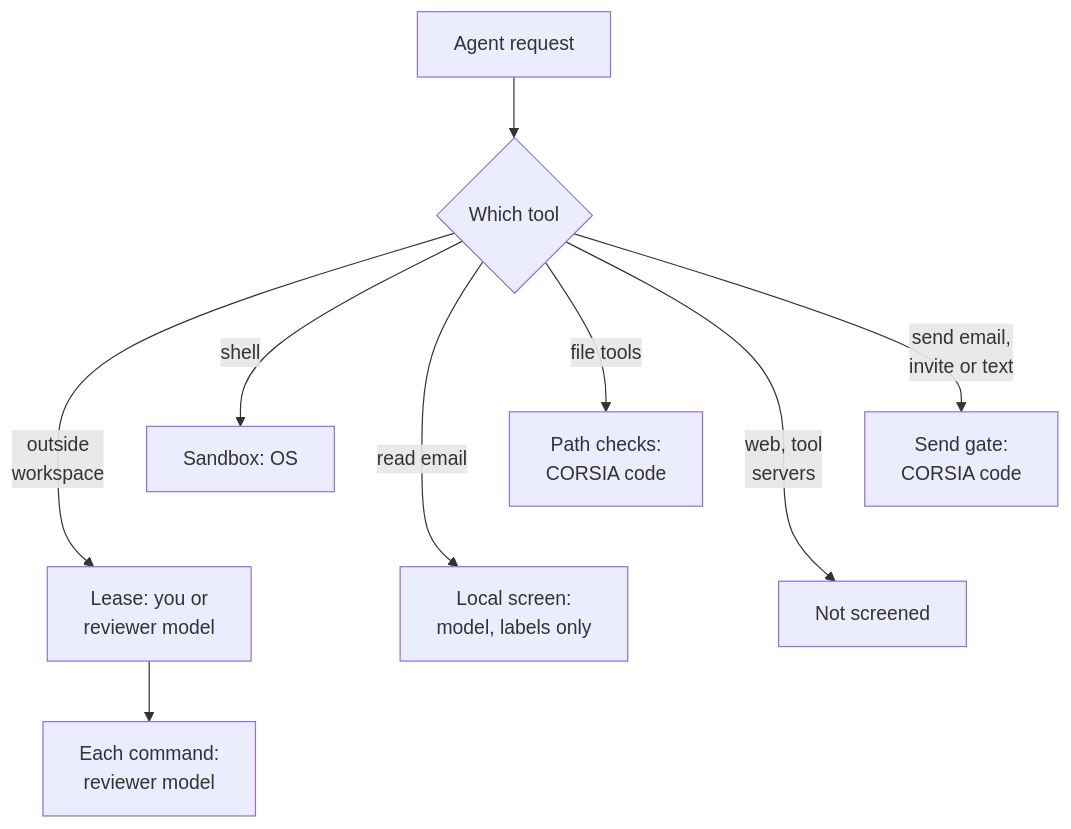
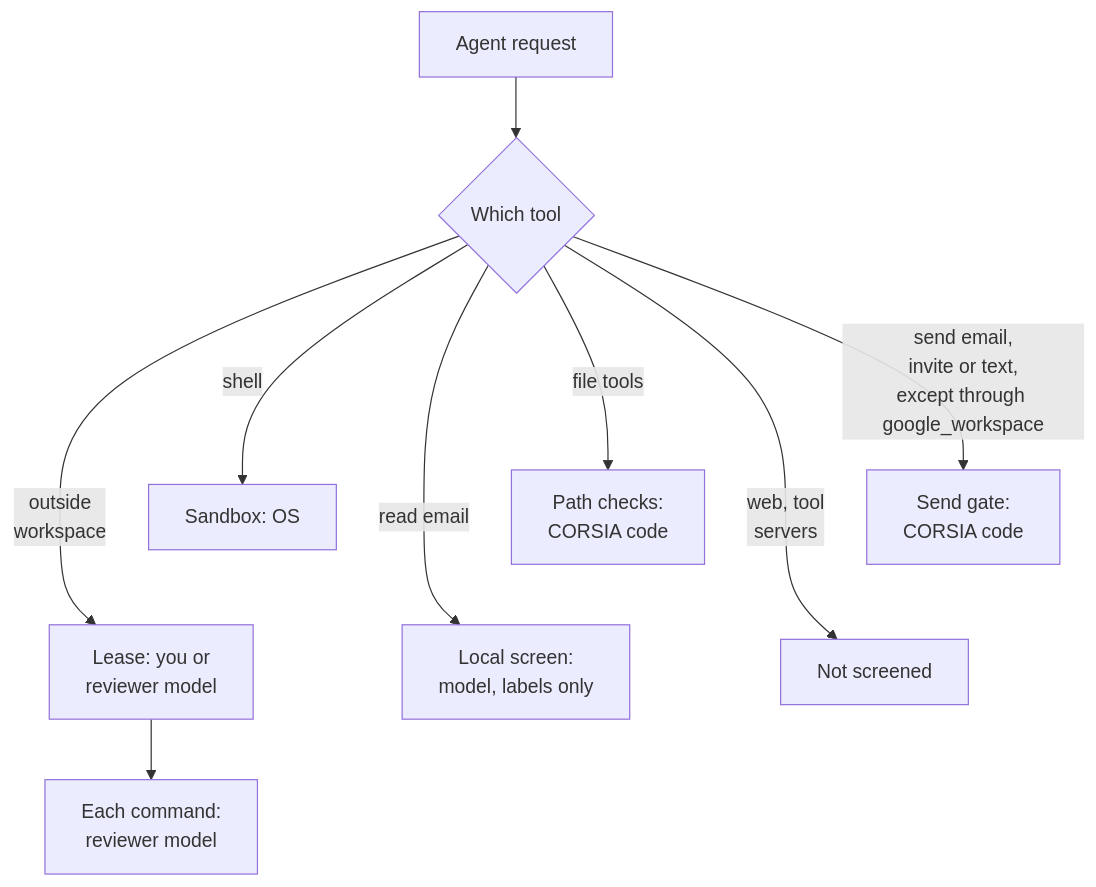
One commit to cebertowicz/corsia changed the diagram in docs/security/threat-model.md. Above: the diagram before and after it, drawn with Mermaid. The commit also changed 7 other files, not shown here.

Commit message:
docs(security): qualify send-gate and Local only fence claims; drop 'about'

````diff
--- a/docs/security/threat-model.md
+++ b/docs/security/threat-model.md
@@ -49,15 +49,15 @@
 ```mermaid
 flowchart TB
     R[Agent request] --> T{Which tool}
     T -->|shell| SB[Sandbox: OS]
     T -->|file tools| FG[Path checks:<br/>CORSIA code]
-    T -->|send email,<br/>invite or text| G[Send gate:<br/>CORSIA code]
+    T -->|send email,<br/>invite or text,<br/>except through google_workspace| G[Send gate:<br/>CORSIA code]
     T -->|outside<br/>workspace| L[Lease: you or<br/>reviewer model]
     L --> AR[Each command:<br/>reviewer model]
     T -->|read email| ES[Local screen:<br/>model, labels only]
     T -->|web, tool<br/>servers| X[Not screened]
     %% invisible links only set the rows, to keep the diagram narrow
     SB ~~~ L
     FG ~~~ ES
     G ~~~ X
 ```
````
